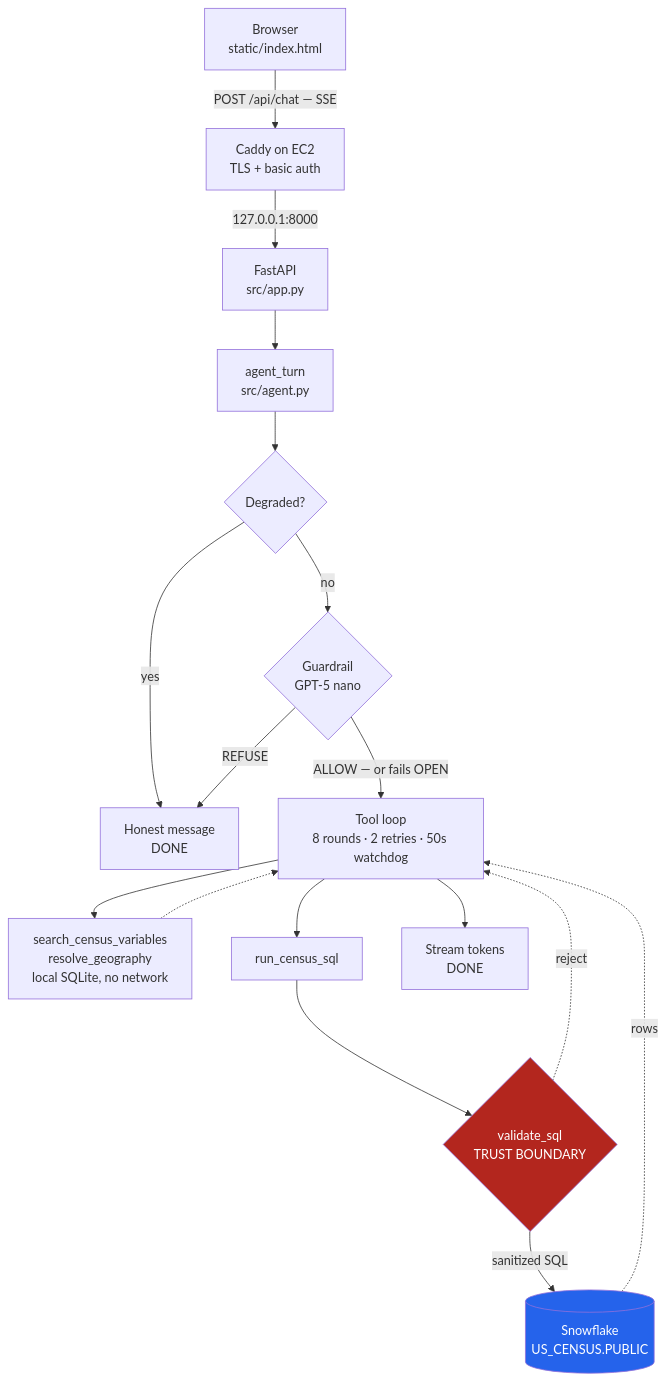
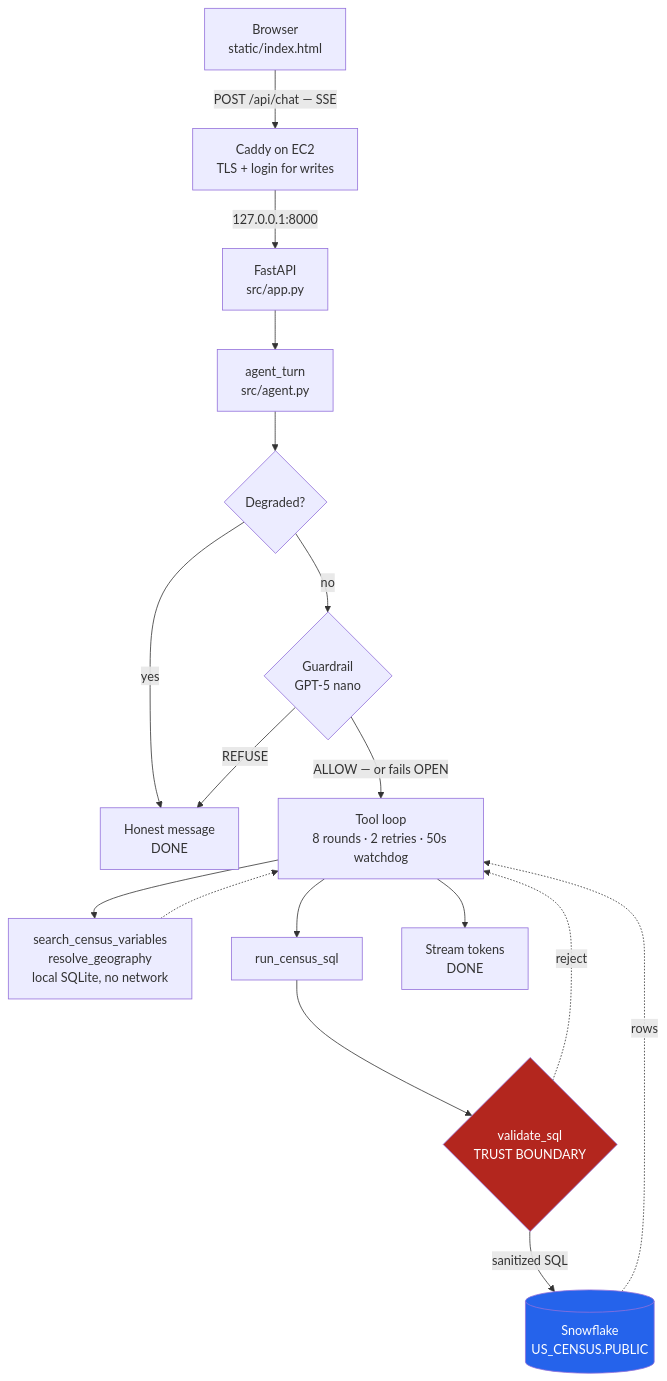
The diagram in README.md (moujiandao/censuschat), drawn with Mermaid before and after one commit. The commit also changed other lines of this file and 10 other files, not shown here.

First line of the commit message:
feat: prepare for Caddy asking for the login only on writes

````diff
--- a/README.md
+++ b/README.md
@@ -97,23 +104,23 @@
 ```mermaid
 flowchart TD
-    A["Browser<br/>static/index.html"] -->|"POST /api/chat — SSE"| B["Caddy on EC2<br/>TLS + basic auth"]
+    A["Browser<br/>static/index.html"] -->|"POST /api/chat — SSE"| B["Caddy on EC2<br/>TLS + login for writes"]
     B -->|"127.0.0.1:8000"| C["FastAPI<br/>src/app.py"]
     C --> D["agent_turn<br/>src/agent.py"]
     D --> E{"Degraded?"}
     E -->|yes| Z["Honest message<br/>DONE"]
     E -->|no| F{"Guardrail<br/>GPT-5 nano"}
     F -->|REFUSE| Z
     F -->|"ALLOW — or fails OPEN"| G
 
     G["Tool loop<br/>8 rounds · 2 retries · 50s watchdog"] --> H["search_census_variables<br/>resolve_geography<br/>local SQLite, no network"]
     H -.-> G
     G --> J["run_census_sql"]
     J --> K{"validate_sql<br/>TRUST BOUNDARY"}
     K -.->|reject| G
     K -->|"sanitized SQL"| L[("Snowflake<br/>US_CENSUS.PUBLIC")]
     L -.->|rows| G
     G --> M["Stream tokens<br/>DONE"]
 
     style K fill:#b3261e,color:#ffffff
     style L fill:#2563eb,color:#ffffff
 ```
````
